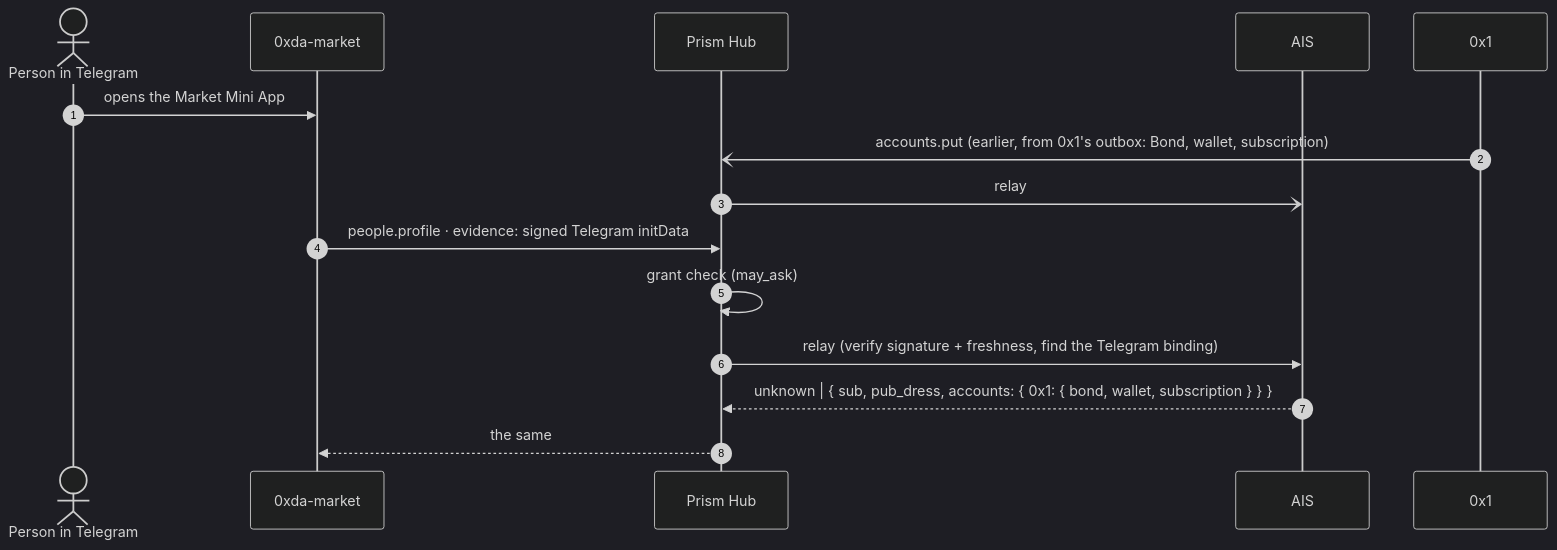
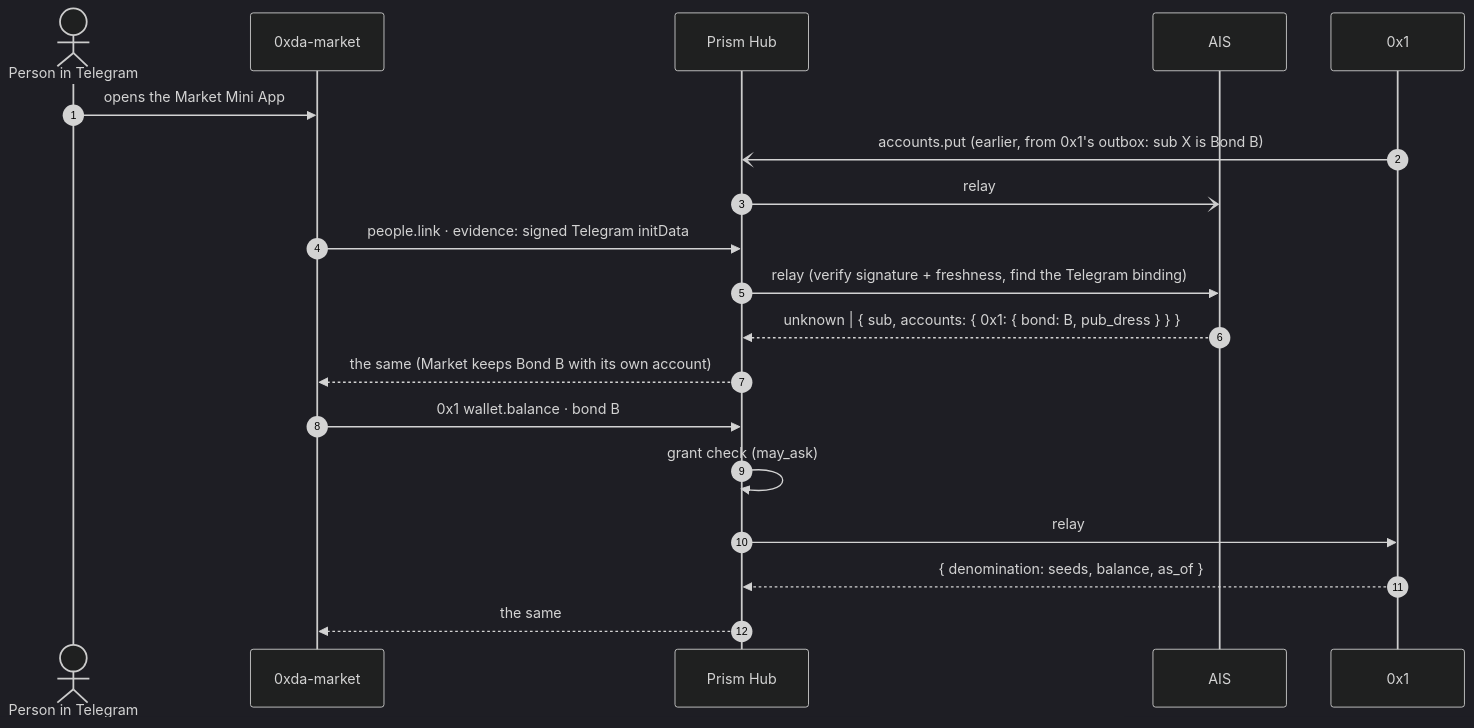
The first of 2 diagrams in docs/hub-protocol.md (aiaiaiai-org/prism-hub), drawn with Mermaid (dark theme) before and after one commit. The commit also changed other lines of this file, not shown here.

First line of the commit message:
docs: AIS links the Bond to Market; seeds live only in 0x1

````diff
--- a/docs/hub-protocol.md
+++ b/docs/hub-protocol.md
@@ -261,18 +256,22 @@
 ```mermaid
 sequenceDiagram
     autonumber
     actor P as Person in Telegram
     participant M as 0xda-market
     participant H as Prism Hub
     participant A as AIS
     participant X as 0x1
 
     P->>M: opens the Market Mini App
-    X-)H: accounts.put (earlier, from 0x1's outbox: Bond, wallet, subscription)
+    X-)H: accounts.put (earlier, from 0x1's outbox: sub X is Bond B)
     H-)A: relay
-    M->>H: people.profile · evidence: signed Telegram initData
+    M->>H: people.link · evidence: signed Telegram initData
+    H->>A: relay (verify signature + freshness, find the Telegram binding)
+    A-->>H: unknown | { sub, accounts: { 0x1: { bond: B, pub_dress } } }
+    H-->>M: the same (Market keeps Bond B with its own account)
+    M->>H: 0x1 wallet.balance · bond B
     H->>H: grant check (may_ask)
-    H->>A: relay (verify signature + freshness, find the Telegram binding)
-    A-->>H: unknown | { sub, pub_dress, accounts: { 0x1: { bond, wallet, subscription } } }
+    H->>X: relay
+    X-->>H: { denomination: seeds, balance, as_of }
     H-->>M: the same
 ```
````
